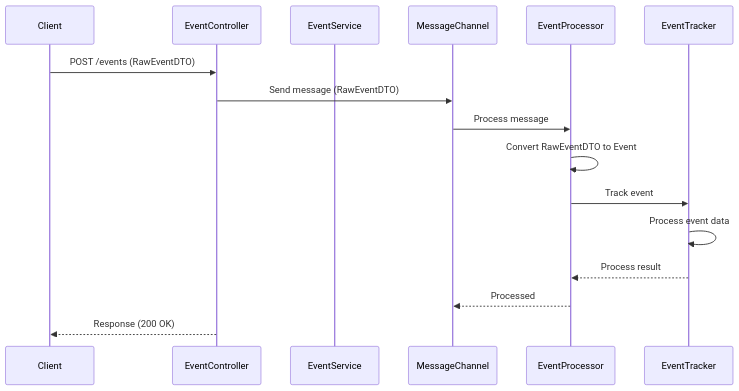
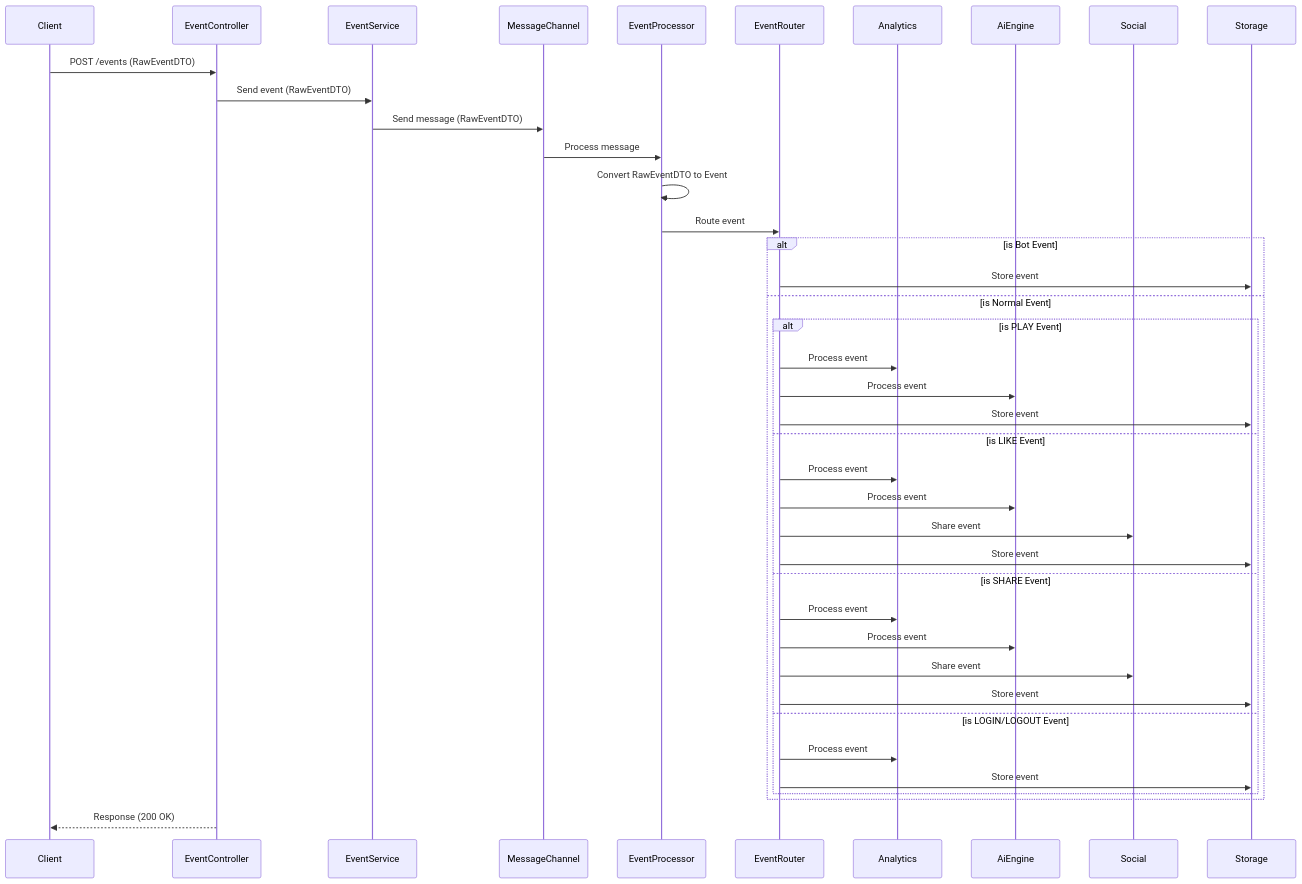
The first of 2 diagrams in README.md (chienaeae/music-activity-processing-system), drawn with Mermaid before and after one commit. The commit also changed other lines of this file and 28 other files, not shown here.

````diff
--- a/README.md
+++ b/README.md
@@ -61,19 +75,43 @@
 ```mermaid
 sequenceDiagram
     participant Client
     participant EventController
     participant EventService
     participant MessageChannel
     participant EventProcessor
-    participant EventTracker
+    participant EventRouter
+    participant Analytics
+    participant AiEngine
+    participant Social
+    participant Storage
     
     Client->>EventController: POST /events (RawEventDTO)
-    EventController->>MessageChannel: Send message (RawEventDTO)
+    EventController->>EventService: Send event (RawEventDTO)
+    EventService->>MessageChannel: Send message (RawEventDTO)
     MessageChannel->>EventProcessor: Process message
     EventProcessor->>EventProcessor: Convert RawEventDTO to Event
-    EventProcessor->>EventTracker: Track event
-    EventTracker->>EventTracker: Process event data
-    EventTracker-->>EventProcessor: Process result
-    EventProcessor-->>MessageChannel: Processed
+    EventProcessor->>EventRouter: Route event
+    alt is Bot Event
+        EventRouter->>Storage: Store event
+    else is Normal Event
+        alt is PLAY Event
+            EventRouter->>Analytics: Process event
+            EventRouter->>AiEngine: Process event
+            EventRouter->>Storage: Store event
+        else is LIKE Event
+            EventRouter->>Analytics: Process event
+            EventRouter->>AiEngine: Process event
+            EventRouter->>Social: Share event
+            EventRouter->>Storage: Store event
+        else is SHARE Event
+            EventRouter->>Analytics: Process event
+            EventRouter->>AiEngine: Process event
+            EventRouter->>Social: Share event
+            EventRouter->>Storage: Store event
+        else is LOGIN/LOGOUT Event
+            EventRouter->>Analytics: Process event
+            EventRouter->>Storage: Store event
+        end
+    end
     EventController-->>Client: Response (200 OK)
 ```
````
